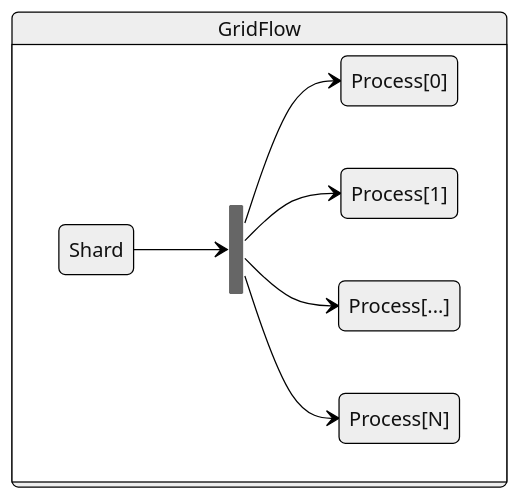
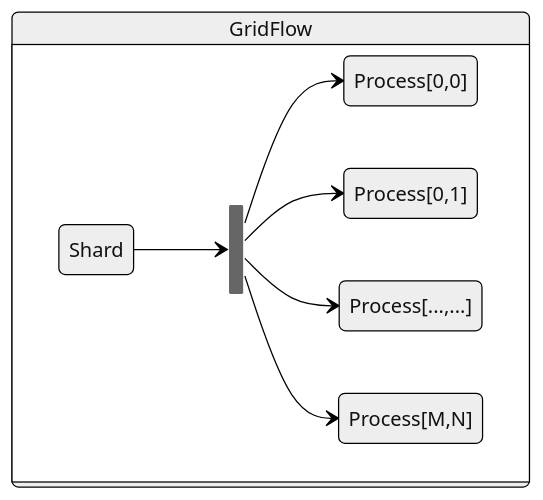
The fourth of 6 diagrams in docs/source/layers/scaling_out.md (rchui/laminar), drawn with Mermaid (neutral theme) before and after one commit. The commit also changed other lines of this file, not shown here.

Commit message:
Improve foreach docs

````diff
--- a/docs/source/layers/scaling_out.md
+++ b/docs/source/layers/scaling_out.md
@@ -198,14 +198,14 @@
 ```{mermaid}
 stateDiagram-v2
     state GridFlow {
         direction LR
 
         state fork <<fork>>
             Shard --> fork
 
-        fork --> Process[0]
-        fork --> Process[1]
-        fork --> Process[...]
-        fork --> Process[N]
+        fork --> Process[0,0]
+        fork --> Process[0,1]
+        fork --> Process[...,...]
+        fork --> Process[M,N]
     }
 ```
````
